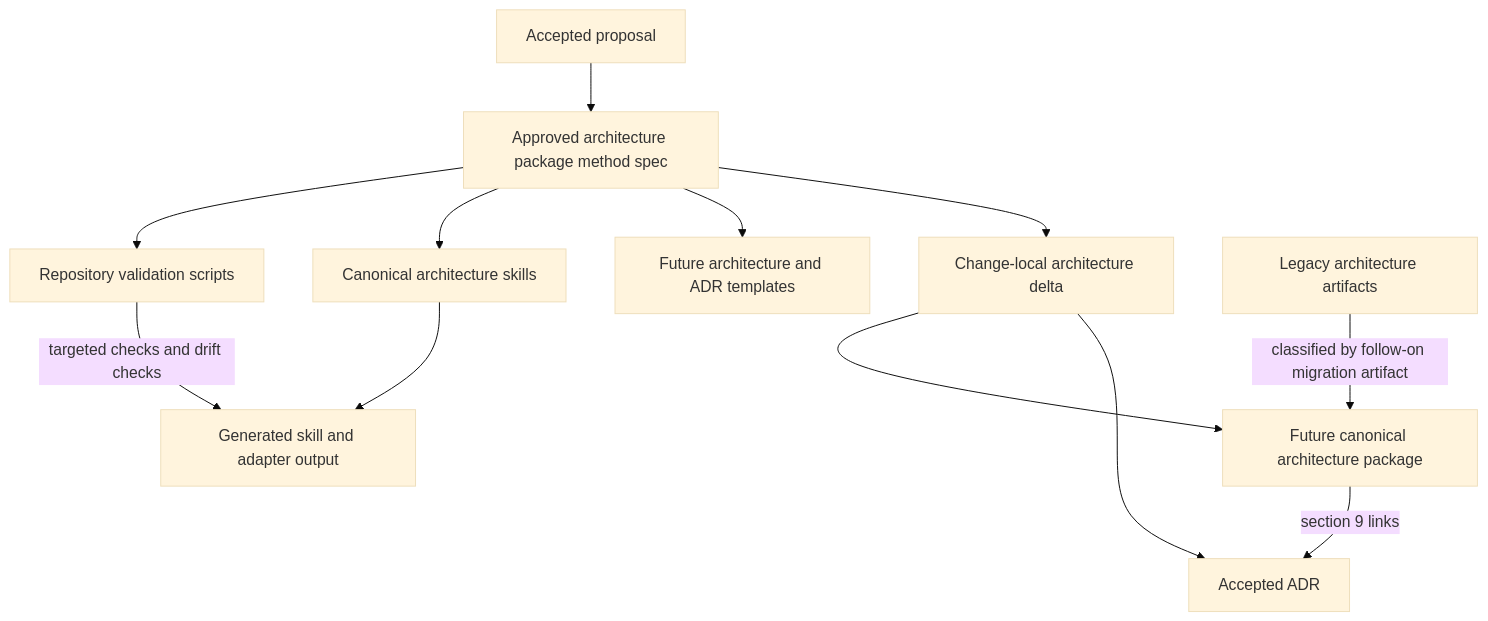
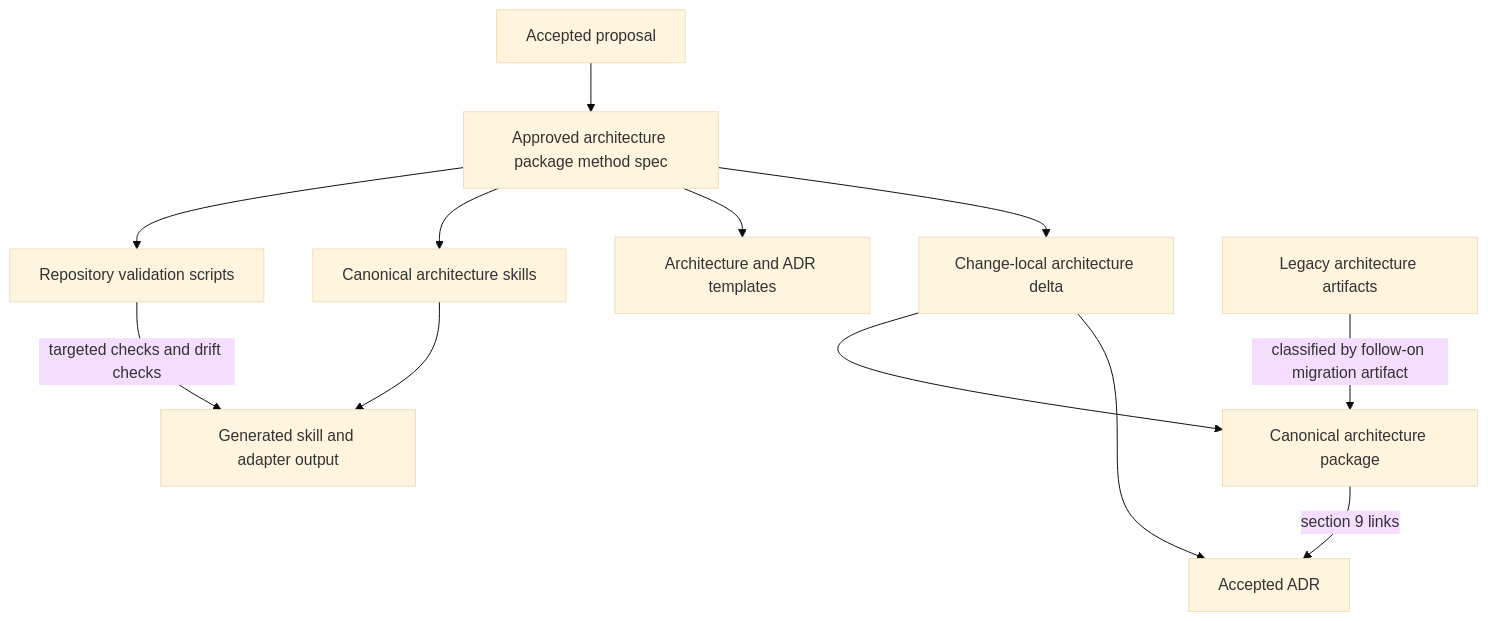
Before and after one commit to xiongxianfei/rigorloop: the diagram in docs/changes/2026-04-28-architecture-skills-c4-arc42-adr/diagrams/container.mmd, drawn with Mermaid (base theme). The commit also changed 6 other files, not shown here.

```diff
--- a/docs/changes/2026-04-28-architecture-skills-c4-arc42-adr/diagrams/container.mmd
+++ b/docs/changes/2026-04-28-architecture-skills-c4-arc42-adr/diagrams/container.mmd
@@ -1,24 +1,24 @@
 flowchart TB
   proposal[Accepted proposal]
   spec[Approved architecture package method spec]
   delta[Change-local architecture delta]
   adr[Accepted ADR]
-  canonical[Future canonical architecture package]
-  templates[Future architecture and ADR templates]
+  canonical[Canonical architecture package]
+  templates[Architecture and ADR templates]
   skills[Canonical architecture skills]
   generated[Generated skill and adapter output]
   validators[Repository validation scripts]
   legacy[Legacy architecture artifacts]
 
   proposal --> spec
   spec --> delta
   delta --> adr
   delta --> canonical
   spec --> templates
   spec --> skills
   skills --> generated
   spec --> validators
   legacy -->|classified by follow-on migration artifact| canonical
 
   canonical -->|section 9 links| adr
   validators -->|targeted checks and drift checks| generated
```
